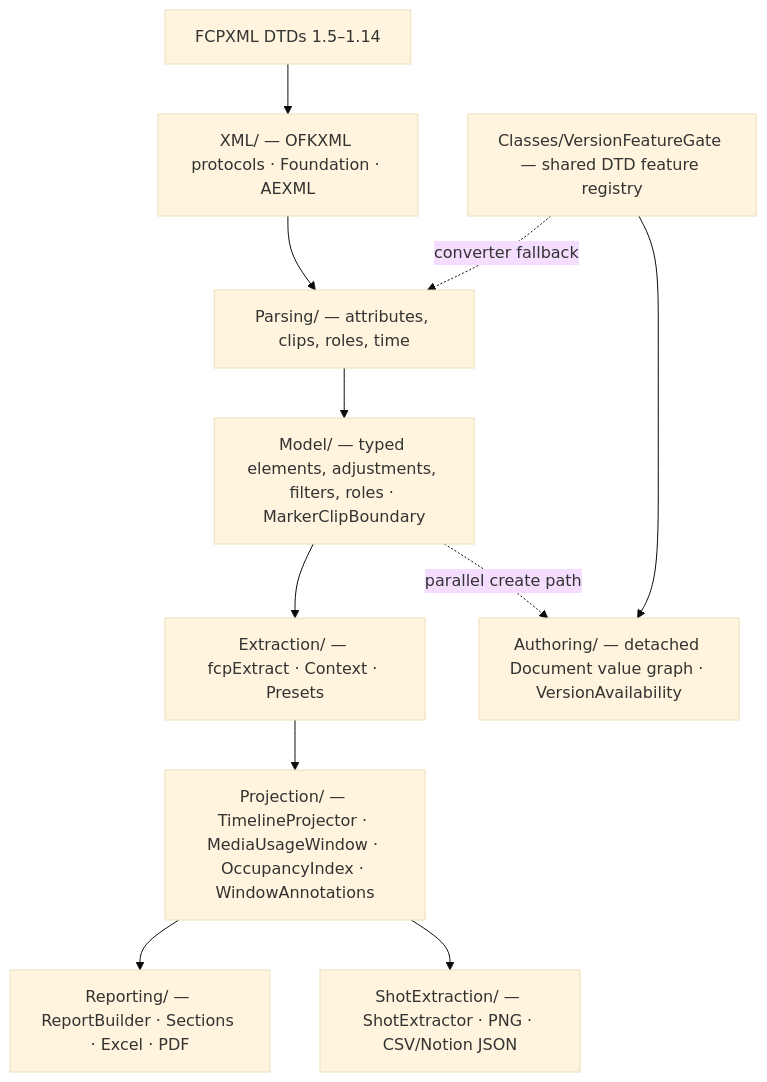
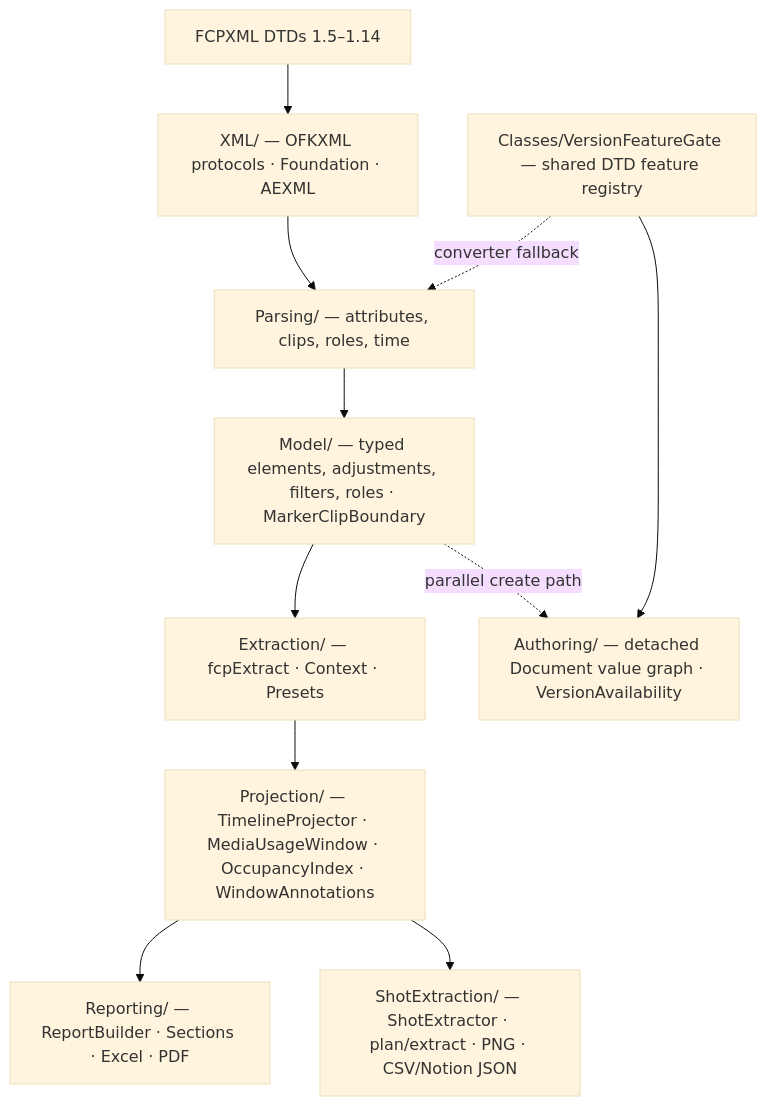
Before and after one commit to TheAcharya/OpenFCPXMLKit: the third of 6 diagrams in ARCHITECTURE.md, drawn with Mermaid (base theme). The commit also changed other lines of this file and 41 other files, not shown here.

First line of the commit message:
Add report empty-sheet status and Shot Extraction dry-run.

````diff
--- a/ARCHITECTURE.md
+++ b/ARCHITECTURE.md
@@ -275,20 +275,20 @@
 ```mermaid
 flowchart TB
     DTD["FCPXML DTDs 1.5–1.14"]
     XML["XML/ — OFKXML protocols · Foundation · AEXML"]
     PRS["Parsing/ — attributes, clips, roles, time"]
     MDL["Model/ — typed elements, adjustments, filters, roles · MarkerClipBoundary"]
     EXT["Extraction/ — fcpExtract · Context · Presets"]
     PRJ["Projection/ — TimelineProjector · MediaUsageWindow · OccupancyIndex · WindowAnnotations"]
     REP["Reporting/ — ReportBuilder · Sections · Excel · PDF"]
-    SHOT["ShotExtraction/ — ShotExtractor · PNG · CSV/Notion JSON"]
+    SHOT["ShotExtraction/ — ShotExtractor · plan/extract · PNG · CSV/Notion JSON"]
 
     DTD --> XML --> PRS --> MDL --> EXT --> PRJ --> REP
     PRJ --> SHOT
 
     AUTH["Authoring/ — detached Document value graph · VersionAvailability"]
     GATE["Classes/VersionFeatureGate — shared DTD feature registry"]
     MDL -.->|"parallel create path"| AUTH
     GATE --> AUTH
     GATE -.->|"converter fallback"| PRS
 ```
````
